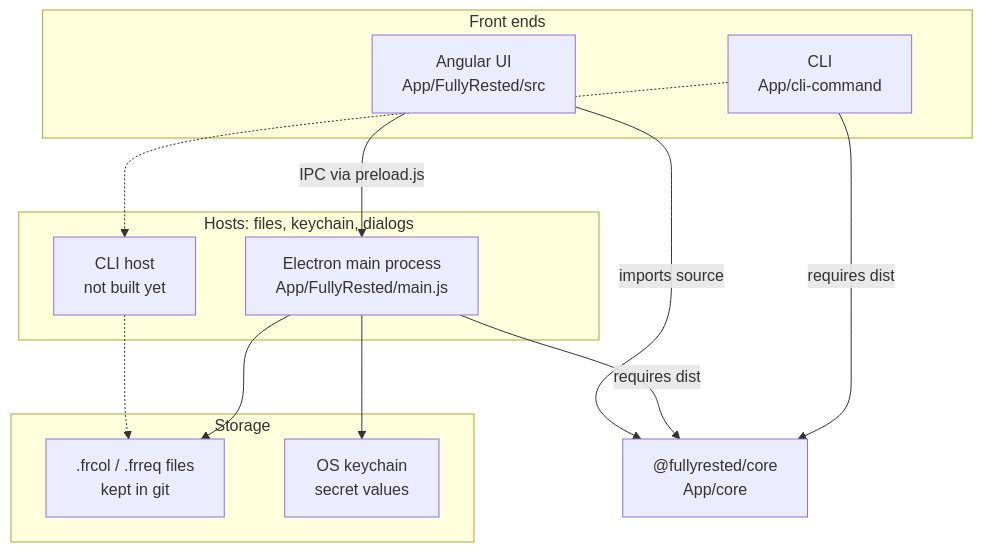
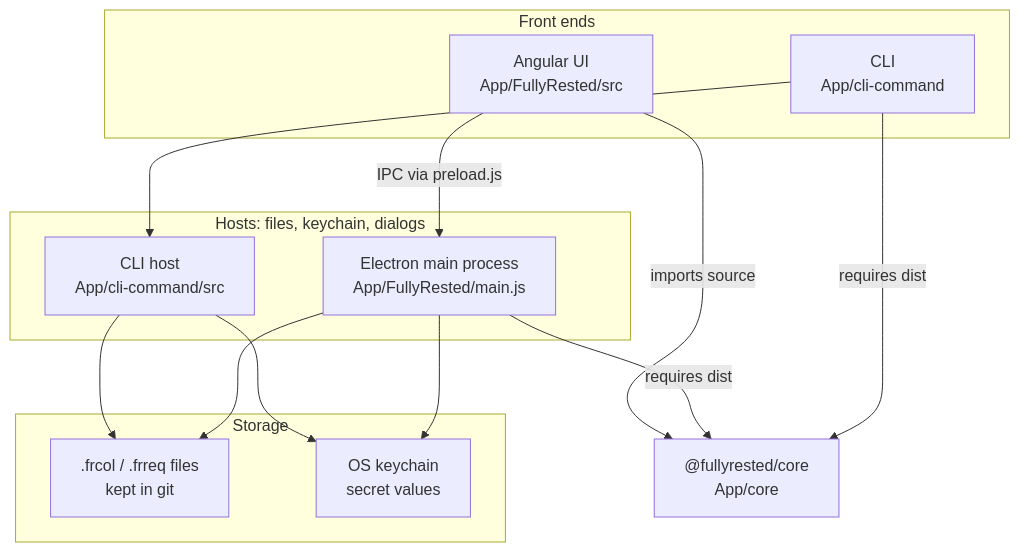
Before and after one commit to BlueFin605/FullyRested: the diagram in SYSDOC.md, drawn with Mermaid. The commit also changed other lines of this file and 3 other files, not shown here.

````diff
--- a/SYSDOC.md
+++ b/SYSDOC.md
@@ -16,24 +16,25 @@
 ```mermaid
 flowchart TB
     subgraph FrontEnds["Front ends"]
         UI["Angular UI<br/>App/FullyRested/src"]
         CLI["CLI<br/>App/cli-command"]
     end
     subgraph Hosts["Hosts: files, keychain, dialogs"]
         Main["Electron main process<br/>App/FullyRested/main.js"]
-        CliHost["CLI host<br/>not built yet"]
+        CliHost["CLI host<br/>App/cli-command/src"]
     end
     Core["@fullyrested/core<br/>App/core"]
     subgraph Storage["Storage"]
         Files[".frcol / .frreq files<br/>kept in git"]
         Keychain["OS keychain<br/>secret values"]
     end
     UI -->|"IPC via preload.js"| Main
     UI -->|"imports source"| Core
     Main -->|"requires dist"| Core
     CLI -->|"requires dist"| Core
-    CLI -.-> CliHost
-    CliHost -.-> Files
+    CLI --> CliHost
+    CliHost --> Files
+    CliHost --> Keychain
     Main --> Files
     Main --> Keychain
 ```
````
